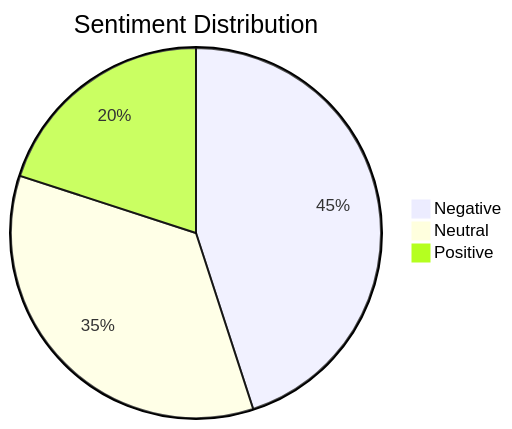
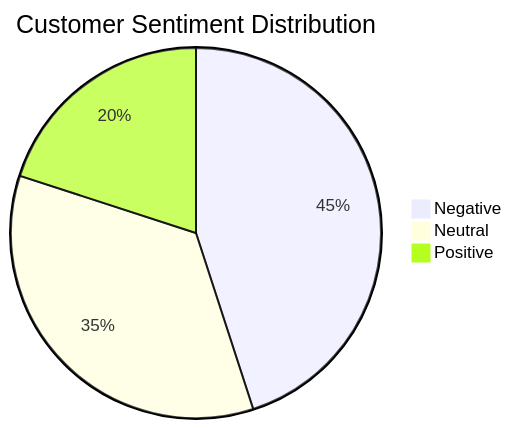
Before and after one commit to SoGhosh719/British_Airways: the first of 8 diagrams in README.md, drawn with Mermaid. The commit also changed other lines of this file, not shown here.

````diff
--- a/README.md
+++ b/README.md
@@ -44,7 +45,7 @@
 ```mermaid {scale: 0.7}
 pie
-    title Sentiment Distribution
+    title Customer Sentiment Distribution
     "Negative" : 45
     "Neutral" : 35
     "Positive" : 20
 ```
````
